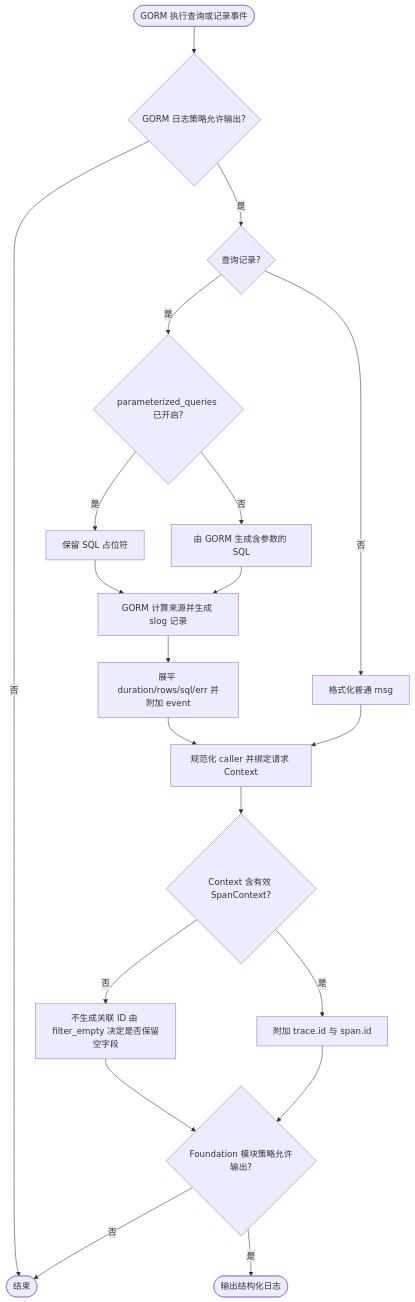
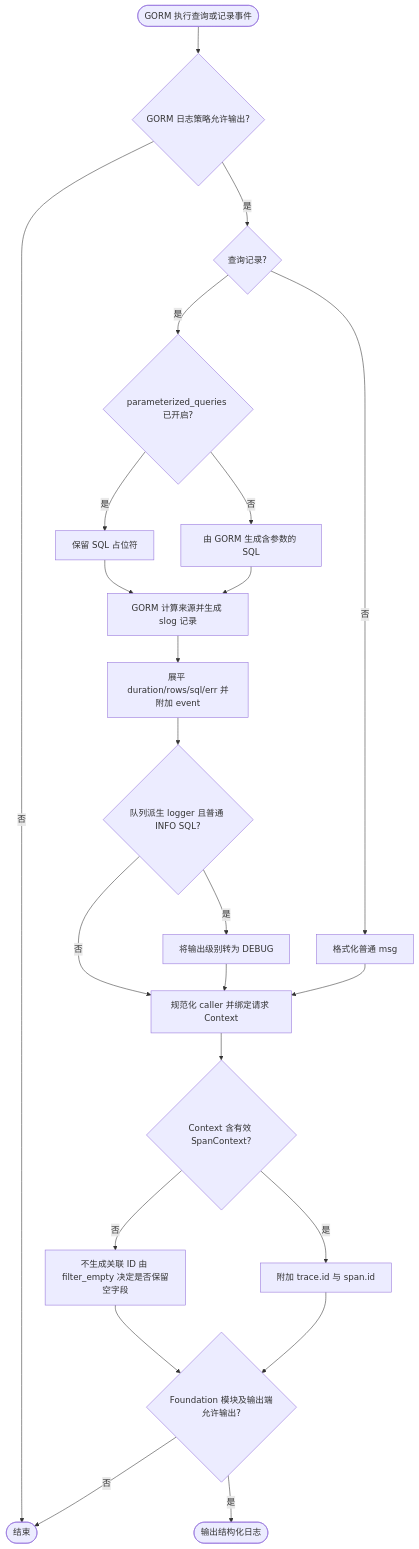
One commit to jaggerzhuang1994/kratos-foundation changed the tenth of 10 diagrams in pkg/database/README.md. Above: the diagram before and after it, drawn with Mermaid. The commit also changed other lines of this file and 12 other files, not shown here.

````diff
--- a/pkg/database/README.md
+++ b/pkg/database/README.md
@@ -311,22 +313,25 @@
 ```mermaid
 flowchart TD
     A([GORM 执行查询或记录事件]) --> B{GORM 日志策略允许输出?}
     B -- 否 --> C([结束])
     B -- 是 --> D{查询记录?}
     D -- 否 --> J[格式化普通 msg]
     D -- 是 --> E{parameterized_queries 已开启?}
     E -- 是 --> F[保留 SQL 占位符]
     E -- 否 --> G[由 GORM 生成含参数的 SQL]
     F --> H[GORM 计算来源并生成 slog 记录]
     G --> H
     H --> I[展平 duration/rows/sql/err 并附加 event]
-    I --> K[规范化 caller 并绑定请求 Context]
+    I --> Q{队列派生 logger 且普通 INFO SQL?}
+    Q -- 是 --> R[将输出级别转为 DEBUG]
+    Q -- 否 --> K[规范化 caller 并绑定请求 Context]
+    R --> K
     J --> K
     K --> N{Context 含有效 SpanContext?}
     N -- 是 --> O[附加 trace.id 与 span.id]
     N -- 否 --> P[不生成关联 ID 由 filter_empty 决定是否保留空字段]
-    P --> L{Foundation 模块策略允许输出?}
+    P --> L{Foundation 模块及输出端允许输出?}
     O --> L
     L -- 否 --> C
     L -- 是 --> M([输出结构化日志])
 ```
````
